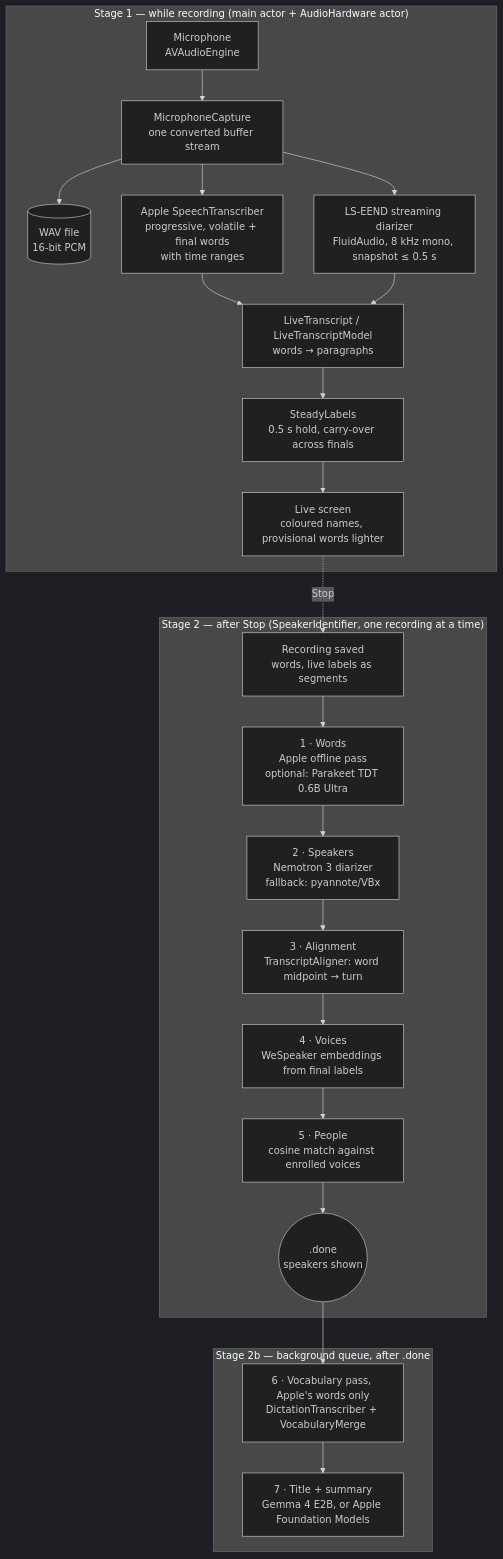
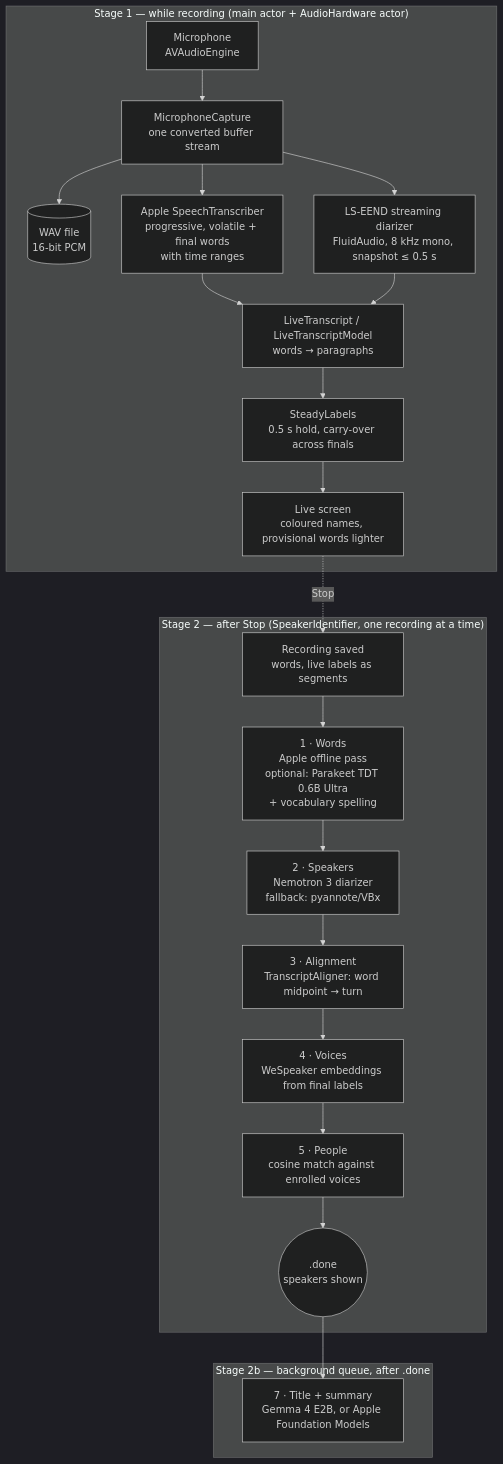
The first of 4 diagrams in PIPELINE.md (timtody/Feder), drawn with Mermaid (dark theme) before and after one commit. The commit also changed other lines of this file and 7 other files, not shown here.

Commit message:
FED-210: No more Dictation pass after Stop: Apple's words get the vocabulary's spelling too

````diff
--- a/PIPELINE.md
+++ b/PIPELINE.md
@@ -9,29 +9,28 @@
 ```mermaid
 flowchart TB
     subgraph LIVE["Stage 1 — while recording (main actor + AudioHardware actor)"]
         MIC[Microphone<br/>AVAudioEngine] --> CAP[MicrophoneCapture<br/>one converted buffer stream]
         CAP --> WAV[(WAV file<br/>16-bit PCM)]
         CAP --> ASR[Apple SpeechTranscriber<br/>progressive, volatile + final words<br/>with time ranges]
         CAP --> LSE[LS-EEND streaming diarizer<br/>FluidAudio, 8 kHz mono, snapshot ≤ 0.5 s]
         ASR --> LT[LiveTranscript / LiveTranscriptModel<br/>words → paragraphs]
         LSE --> LT
         LT --> SL[SteadyLabels<br/>0.5 s hold, carry-over across finals]
         SL --> UI1[Live screen<br/>coloured names, provisional words lighter]
     end
 
     UI1 -. Stop .-> SAVE[Recording saved<br/>words, live labels as segments]
 
     subgraph POST["Stage 2 — after Stop (SpeakerIdentifier, one recording at a time)"]
-        SAVE --> W[1 · Words<br/>Apple offline pass<br/>optional: Parakeet TDT 0.6B Ultra]
+        SAVE --> W[1 · Words<br/>Apple offline pass<br/>optional: Parakeet TDT 0.6B Ultra<br/>+ vocabulary spelling]
         W --> D[2 · Speakers<br/>Nemotron 3 diarizer<br/>fallback: pyannote/VBx]
         D --> AL[3 · Alignment<br/>TranscriptAligner: word midpoint → turn]
         AL --> V[4 · Voices<br/>WeSpeaker embeddings from final labels]
         V --> P[5 · People<br/>cosine match against enrolled voices]
         P --> DONE((.done<br/>speakers shown))
     end
 
     subgraph BG["Stage 2b — background queue, after .done"]
-        DONE --> VOC[6 · Vocabulary pass, Apple's words only<br/>DictationTranscriber + VocabularyMerge]
-        VOC --> SUM[7 · Title + summary<br/>Gemma 4 E2B, or Apple Foundation Models]
+        DONE --> SUM[7 · Title + summary<br/>Gemma 4 E2B, or Apple Foundation Models]
     end
 ```
````
